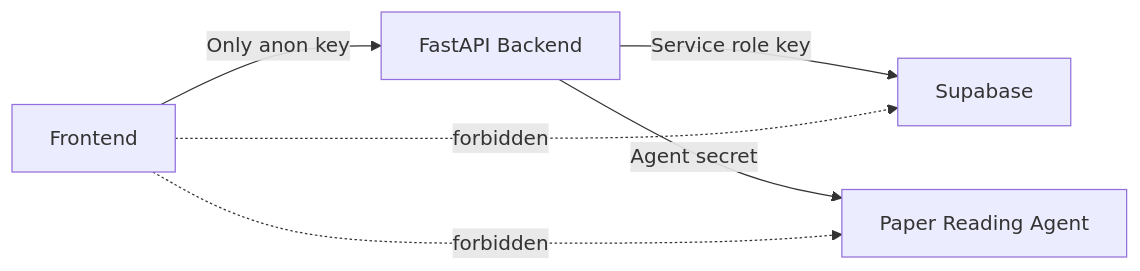
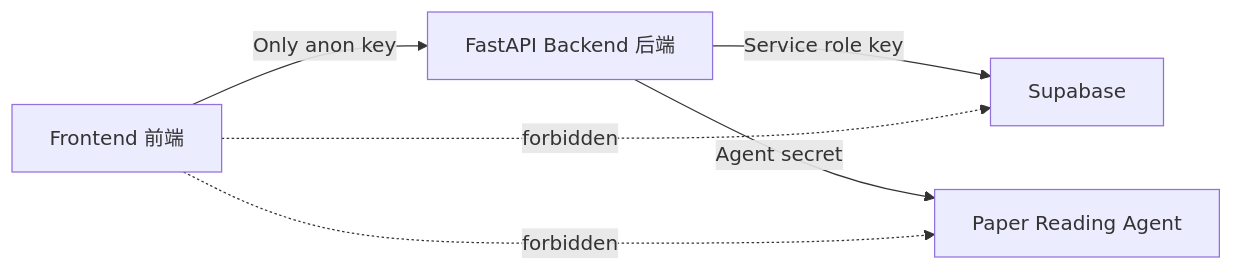
One commit to telitor/SciPilot changed the fourth of 5 diagrams in README.md. Above: the diagram before and after it, drawn with Mermaid. The commit also changed other lines of this file, not shown here.

````diff
--- a/README.md
+++ b/README.md
@@ -387,8 +389,8 @@
 ```mermaid
 flowchart LR
-    A[Frontend] -->|Only anon key| B[FastAPI Backend]
+    A[Frontend 前端] -->|Only anon key| B[FastAPI Backend 后端]
     B -->|Service role key| C[Supabase]
     B -->|Agent secret| D[Paper Reading Agent]
     A -. forbidden .-> D
     A -. forbidden .-> C
 ```
````
